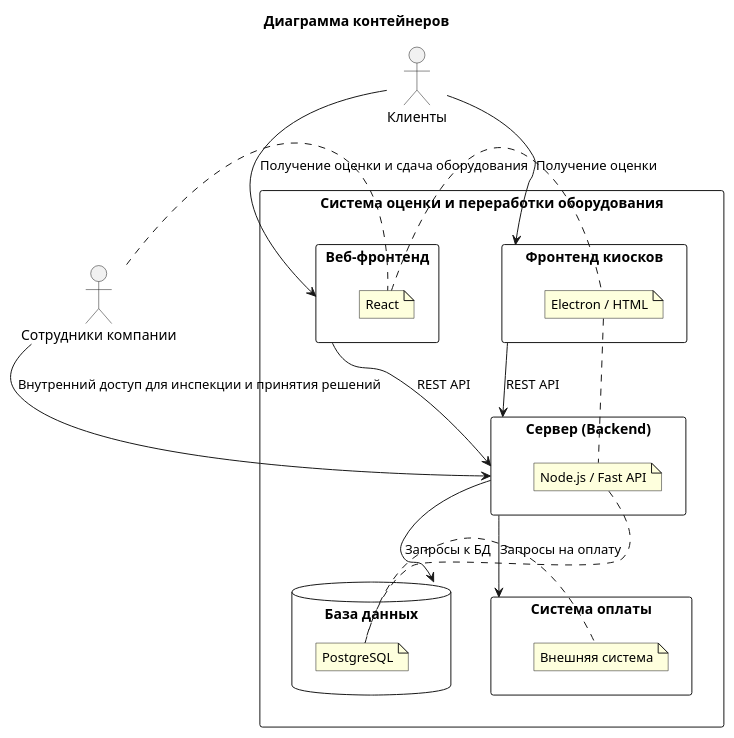
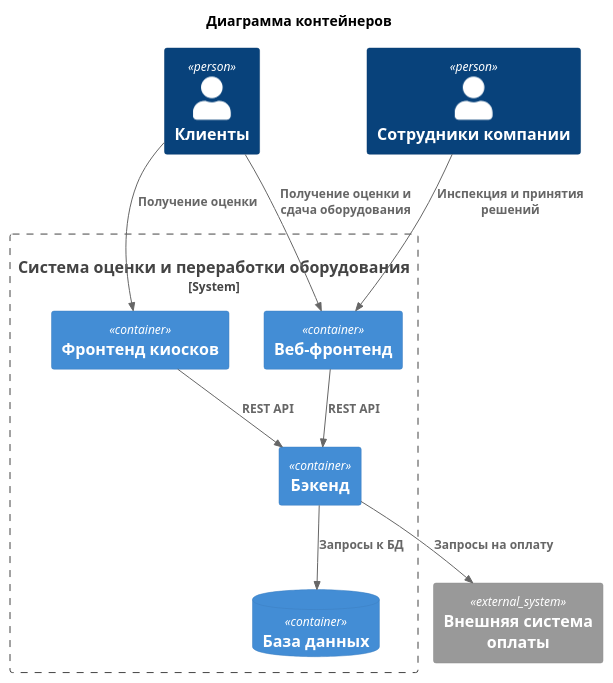
The diagram in Lab Work №2/docs/containers.plantuml (embersage/HSE-Software-Architecture), drawn with PlantUML before and after one commit. The commit also changed 5 other files, not shown here.

Commit message:
LabWork2 Доработал диаграммы, добавил описание

```diff
--- a/Lab Work №2/docs/containers.plantuml
+++ b/Lab Work №2/docs/containers.plantuml
@@ -1,33 +1,26 @@
 @startuml ContainerDiagram
+
+!include  https://raw.githubusercontent.com/plantuml-stdlib/C4-PlantUML/master/C4_Container.puml
 
 title Диаграмма контейнеров
 
-actor Client as "Клиенты" 
-actor Employee as "Сотрудники компании" 
-rectangle RecyclingSystem as "Система оценки и переработки оборудования" {
-    rectangle WebFrontend as "Веб-фронтенд" {
-        note right: React
-    }
-    rectangle KioskFrontend as "Фронтенд киосков" {
-        note right: Electron / HTML
-    }
-    rectangle Backend as "Сервер (Backend)" {
-        note right: Node.js / Fast API
-    }
-    database Database as "База данных" {
-        note right: PostgreSQL
-    }
-    rectangle PaymentGateway as "Система оплаты" {
-        note right: Внешняя система
-    }
+Person(client, "Клиенты")
+Person(employee , "Сотрудники компании")
+System_Boundary(RecyclingSystem, "Система оценки и переработки оборудования") {
+    Container(WebFrontend, "Веб-фронтенд")
+    Container(KioskFrontend, "Фронтенд киосков")
+    Container(Backend, "Бэкенд")
+    ContainerDb(Database, "База данных")
+    Container(WebFrontend, "Веб-фронтенд")
 }
+System_Ext(PaymentGateway, "Внешняя система оплаты")
 
-Client --> WebFrontend : "Получение оценки и сдача оборудования"
-Client --> KioskFrontend : "Получение оценки"
-Employee --> Backend : "Внутренний доступ для инспекции и принятия решений"
-WebFrontend --> Backend : "REST API"
-KioskFrontend --> Backend : "REST API"
-Backend --> Database : "Запросы к БД"
-Backend --> PaymentGateway : "Запросы на оплату"
+Rel(client, WebFrontend, "Получение оценки и сдача оборудования")
+Rel(client, KioskFrontend, "Получение оценки")
+Rel(employee, WebFrontend, "Инспекция и принятия решений")
+Rel(WebFrontend, Backend, "REST API")
+Rel(KioskFrontend, Backend, "REST API")
+Rel(Backend, Database, "Запросы к БД")
+Rel(Backend, PaymentGateway, "Запросы на оплату")
 
 @enduml
```
